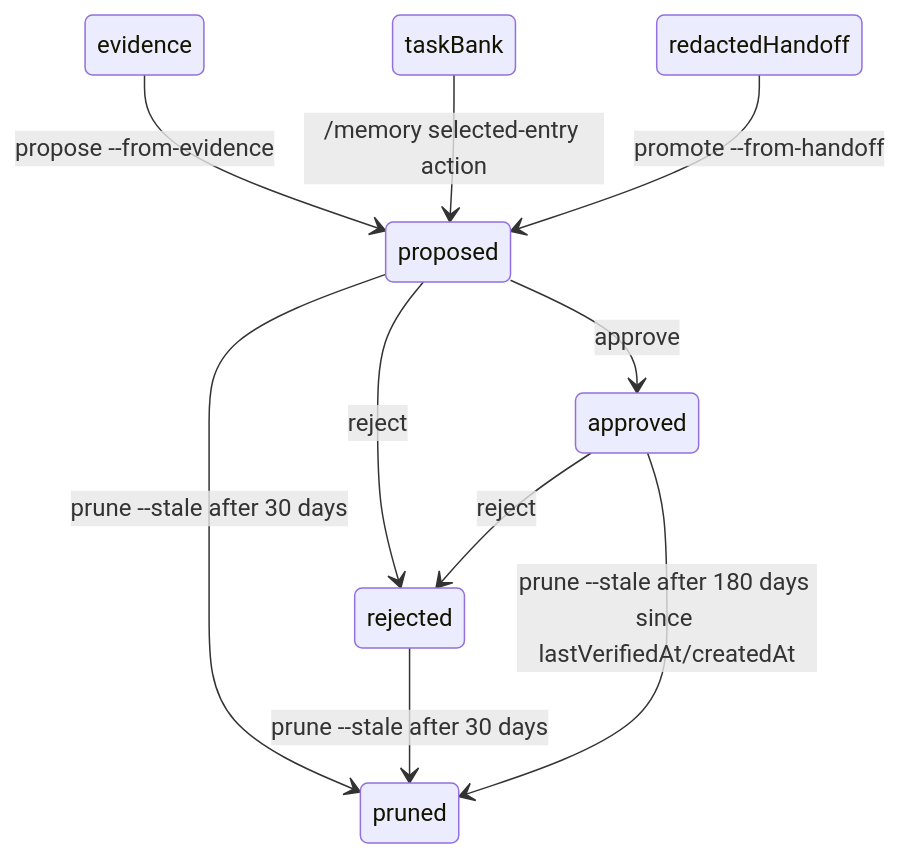
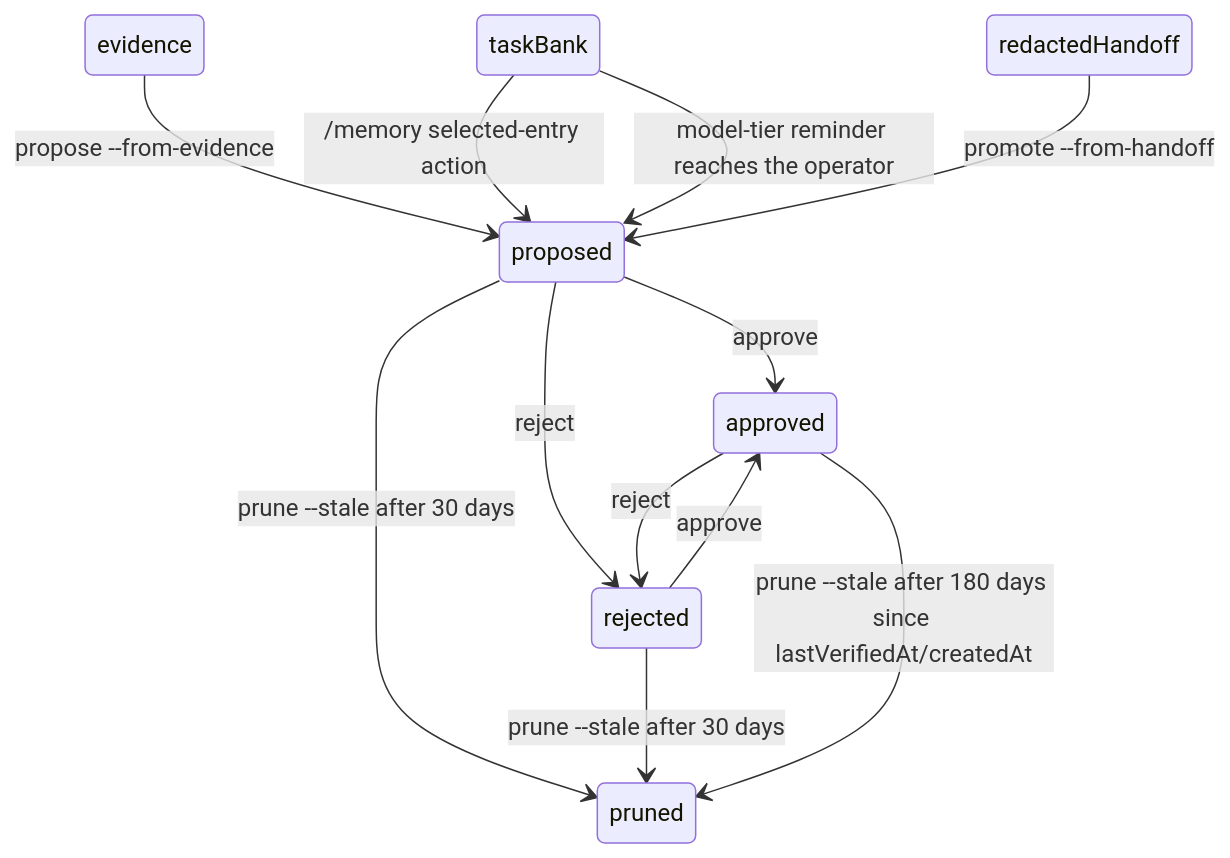
Before and after one commit to iowarp/clio-coder: the diagram in docs/architecture/evidence-and-memory.md, drawn with Mermaid. The commit also changed other lines of this file and 64 other files, not shown here.

First line of the commit message:
docs: ground the guide and architecture corpus in 0.6.0 source

````diff
--- a/docs/architecture/evidence-and-memory.md
+++ b/docs/architecture/evidence-and-memory.md
@@ -326,12 +445,14 @@
 ```mermaid
 stateDiagram-v2
     evidence --> proposed: propose --from-evidence
     taskBank --> proposed: /memory selected-entry action
+    taskBank --> proposed: model-tier reminder reaches the operator
     redactedHandoff --> proposed: promote --from-handoff
     proposed --> approved: approve <id>
     proposed --> rejected: reject <id>
     approved --> rejected: reject <id>
+    rejected --> approved: approve <id>
     proposed --> pruned: prune --stale after 30 days
     rejected --> pruned: prune --stale after 30 days
     approved --> pruned: prune --stale after 180 days since lastVerifiedAt/createdAt
 ```
````
